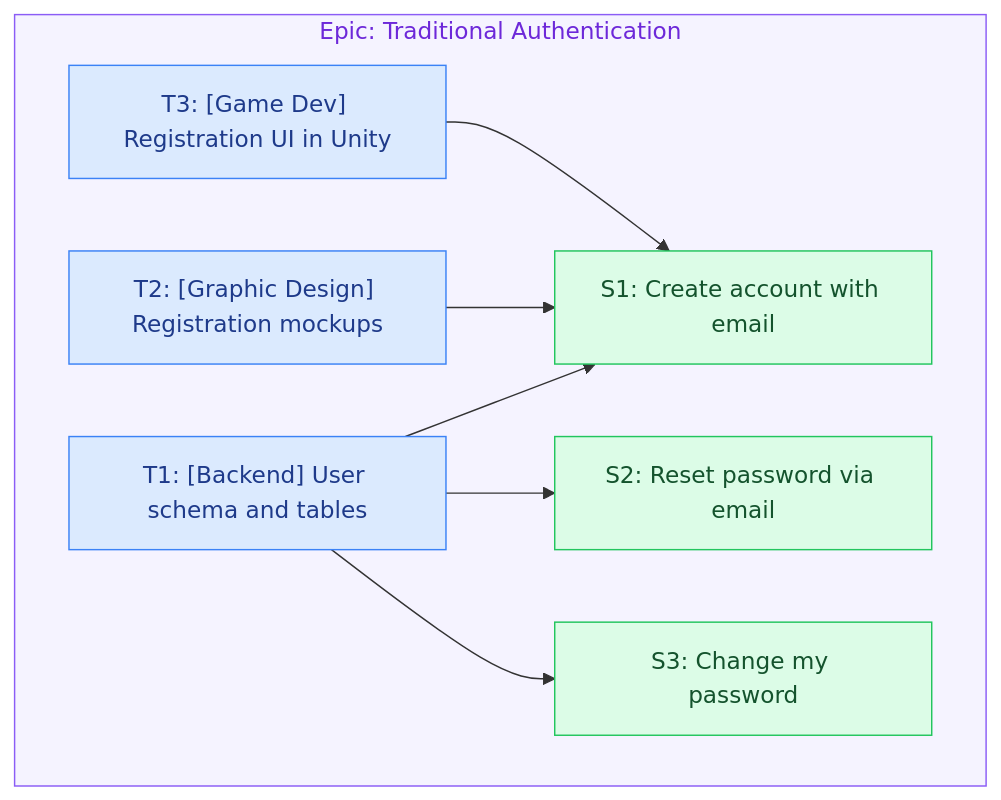
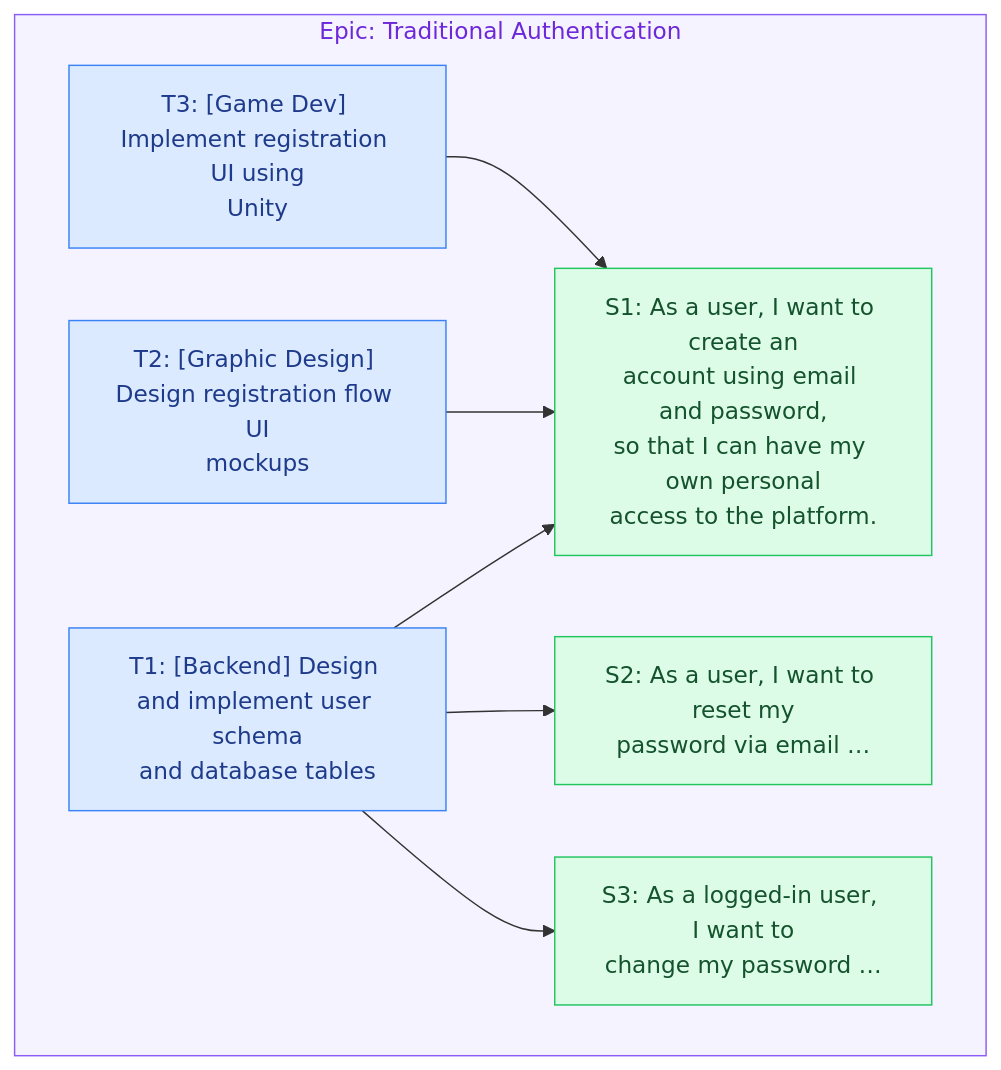
Before and after one commit to mfozmen/groomie: the diagram in skills/groomie/references/examples.md, drawn with Mermaid. The commit also changed other lines of this file and 2 other files, not shown here.

Commit message:
feat(groomie): mermaid diagram labels use full wrapped titles (#41)
The markdown ## Diagram now labels nodes with the full node title wrapped at ~34 chars (~80 for epics) with <br/>, capped ~130 chars with …, matching the HTML visualizer instead of short gists.

````diff
--- a/skills/groomie/references/examples.md
+++ b/skills/groomie/references/examples.md
@@ -211,21 +214,21 @@
 ```mermaid
 flowchart TD
   subgraph epic1["Epic: Traditional Authentication"]
-    S1["S1: Create account with email"]
-    S2["S2: Reset password via email"]
-    S3["S3: Change my password"]
-    T1["T1: [Backend] User schema and tables"]
-    T2["T2: [Graphic Design] Registration mockups"]
-    T3["T3: [Game Dev] Registration UI in Unity"]
+    S1["S1: As a user, I want to create an<br/>account using email and password,<br/>so that I can have my own personal<br/>access to the platform."]
+    S2["S2: As a user, I want to reset my<br/>password via email …"]
+    S3["S3: As a logged-in user, I want to<br/>change my password …"]
+    T1["T1: [Backend] Design and implement user schema<br/>and database tables"]
+    T2["T2: [Graphic Design] Design registration flow UI<br/>mockups"]
+    T3["T3: [Game Dev] Implement registration UI using<br/>Unity"]
   end
   T1 --> S1
   T1 --> S2
   T1 --> S3
   T2 --> S1
   T3 --> S1
   classDef story fill:#dcfce7,stroke:#22c55e,color:#14532d;
   classDef task  fill:#dbeafe,stroke:#3b82f6,color:#1e3a8a;
   class S1,S2,S3 story;
   class T1,T2,T3 task;
   style epic1 fill:#f5f3ff,stroke:#8b5cf6,color:#6d28d9;
 ```
````
